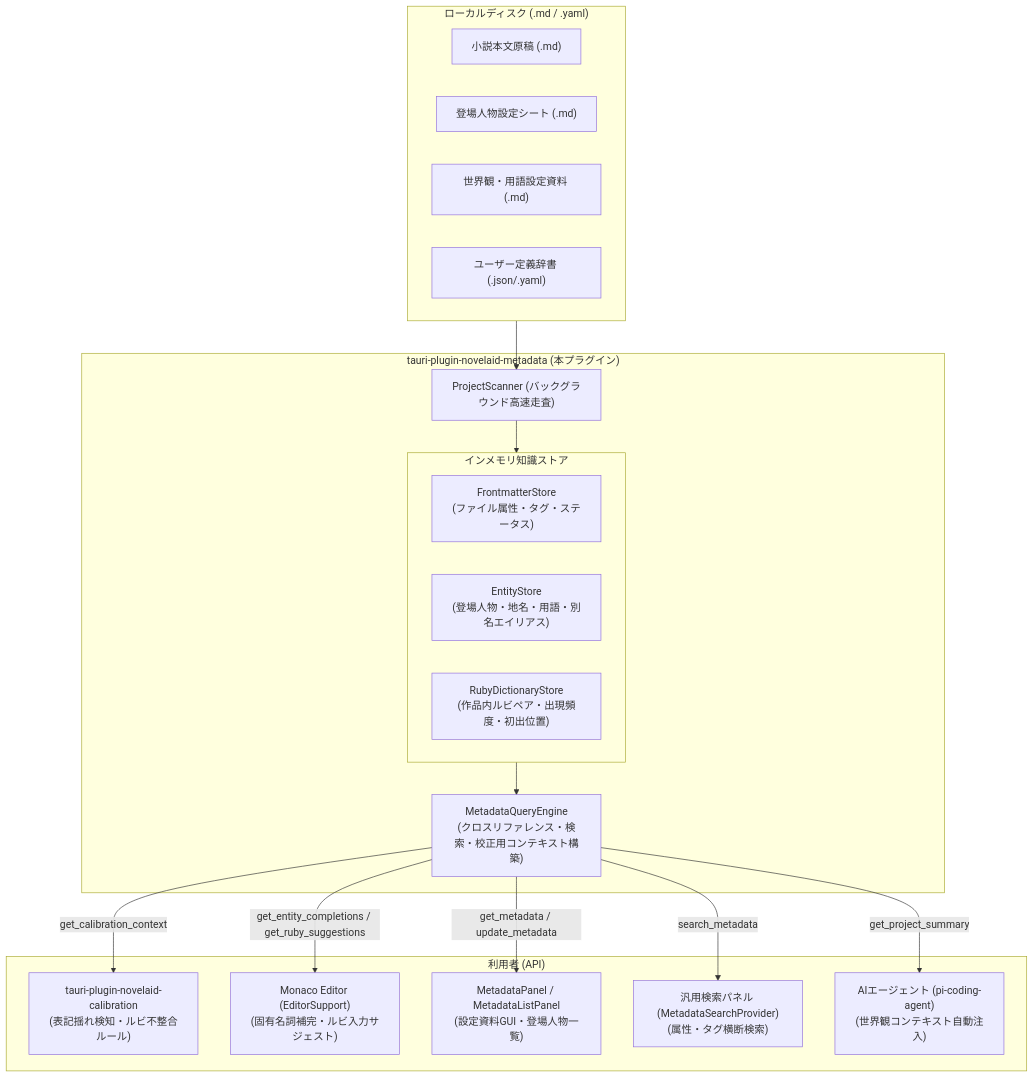
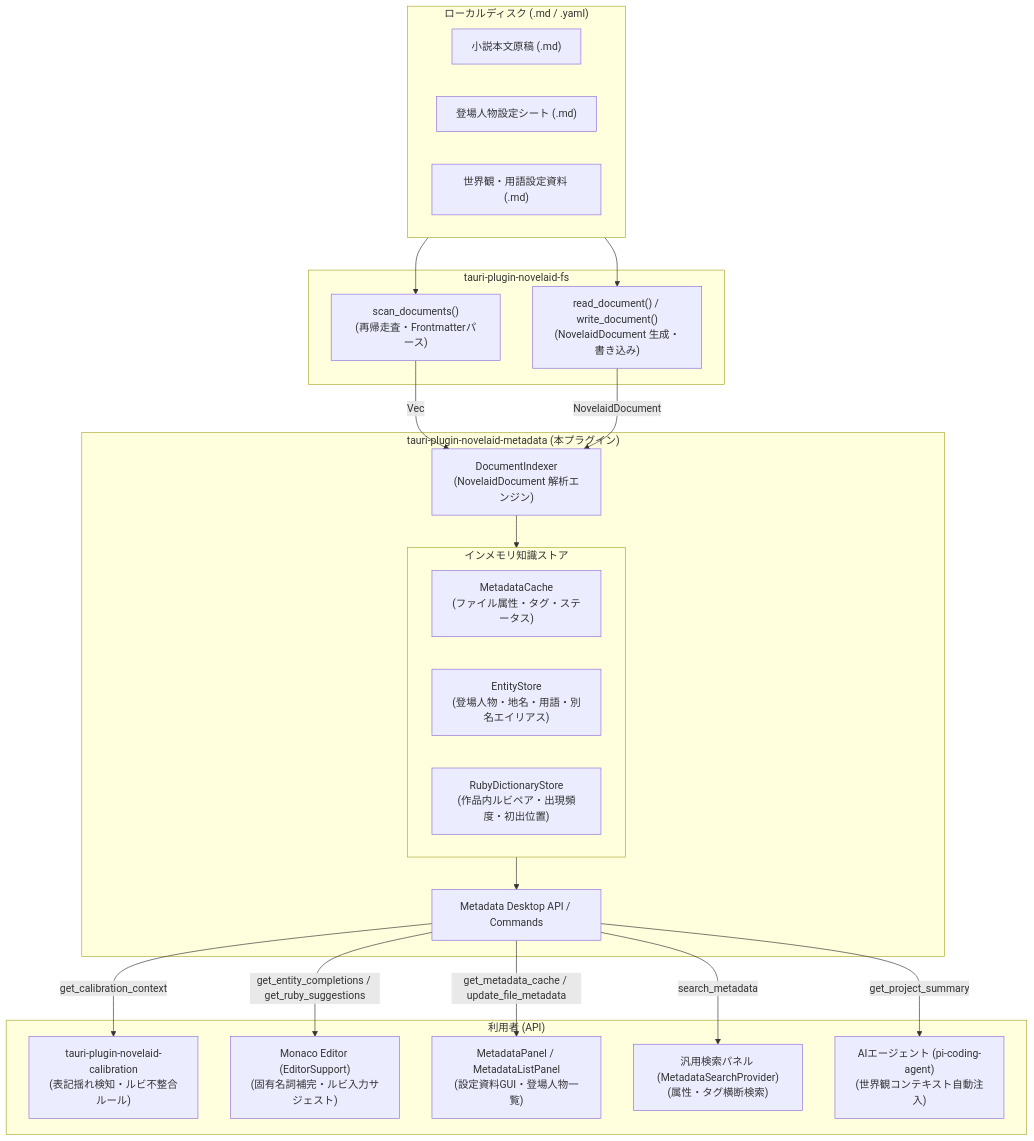
One commit to mituha/novelaide changed the first of 2 diagrams in docs/dev/統合メタデータプラグイン仕様.md. Above: the diagram before and after it, drawn with Mermaid. The commit also changed other lines of this file and 46 other files, not shown here.

Commit message:
refactor(metadata): novelaid-fsとnovelaid-metadataの責務分離（frontmatter.rs廃止、NovelaidDocument受信型への刷新）

````diff
--- a/docs/dev/統合メタデータプラグイン仕様.md
+++ b/docs/dev/統合メタデータプラグイン仕様.md
@@ -23,39 +24,46 @@
 ```mermaid
 graph TD
     subgraph Storage["ローカルディスク (.md / .yaml)"]
         Episodes["小説本文原稿 (.md)"]
         CharSheets["登場人物設定シート (.md)"]
         WorldSheets["世界観・用語設定資料 (.md)"]
-        UserDict["ユーザー定義辞書 (.json/.yaml)"]
     end
 
-    subgraph Plugin["tauri-plugin-novelaid-metadata (本プラグイン)"]
-        Scanner["ProjectScanner (バックグラウンド高速走査)"]
+    subgraph FSPlugin["tauri-plugin-novelaid-fs"]
+        ScanDocs["scan_documents()<br/>(再帰走査・Frontmatterパース)"]
+        ReadDoc["read_document() / write_document()<br/>(NovelaidDocument 生成・書き込み)"]
+    end
+
+    subgraph MetaPlugin["tauri-plugin-novelaid-metadata (本プラグイン)"]
+        Indexer["DocumentIndexer<br/>(NovelaidDocument 解析エンジン)"]
         
         subgraph MemoryStores["インメモリ知識ストア"]
-            FmStore["FrontmatterStore<br/>(ファイル属性・タグ・ステータス)"]
+            FmCache["MetadataCache<br/>(ファイル属性・タグ・ステータス)"]
             EntityStore["EntityStore<br/>(登場人物・地名・用語・別名エイリアス)"]
             RubyStore["RubyDictionaryStore<br/>(作品内ルビペア・出現頻度・初出位置)"]
         end
 
-        QueryEngine["MetadataQueryEngine<br/>(クロスリファレンス・検索・校正用コンテキスト構築)"]
+        QueryEngine["Metadata Desktop API / Commands"]
     end
 
     subgraph Consumers["利用者 (API)"]
         Calib["tauri-plugin-novelaid-calibration<br/>(表記揺れ検知・ルビ不整合ルール)"]
         Editor["Monaco Editor (EditorSupport)<br/>(固有名詞補完・ルビ入力サジェスト)"]
         Panels["MetadataPanel / MetadataListPanel<br/>(設定資料GUI・登場人物一覧)"]
         Search["汎用検索パネル (MetadataSearchProvider)<br/>(属性・タグ横断検索)"]
         AIAgent["AIエージェント (pi-coding-agent)<br/>(世界観コンテキスト自動注入)"]
     end
 
-    Storage --> Scanner
-    Scanner --> MemoryStores
+    Storage --> ReadDoc
+    Storage --> ScanDocs
+    ScanDocs -->|"Vec<NovelaidDocument>"| Indexer
+    ReadDoc -->|"NovelaidDocument"| Indexer
+    Indexer --> MemoryStores
     MemoryStores --> QueryEngine
 
     QueryEngine -->|"get_calibration_context"| Calib
     QueryEngine -->|"get_entity_completions / get_ruby_suggestions"| Editor
-    QueryEngine -->|"get_metadata / update_metadata"| Panels
+    QueryEngine -->|"get_metadata_cache / update_file_metadata"| Panels
     QueryEngine -->|"search_metadata"| Search
     QueryEngine -->|"get_project_summary"| AIAgent
 ```
````
